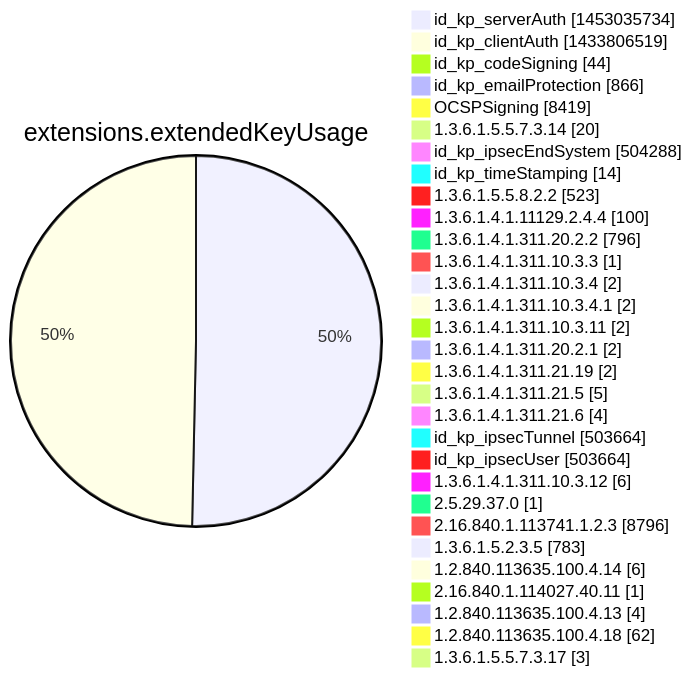
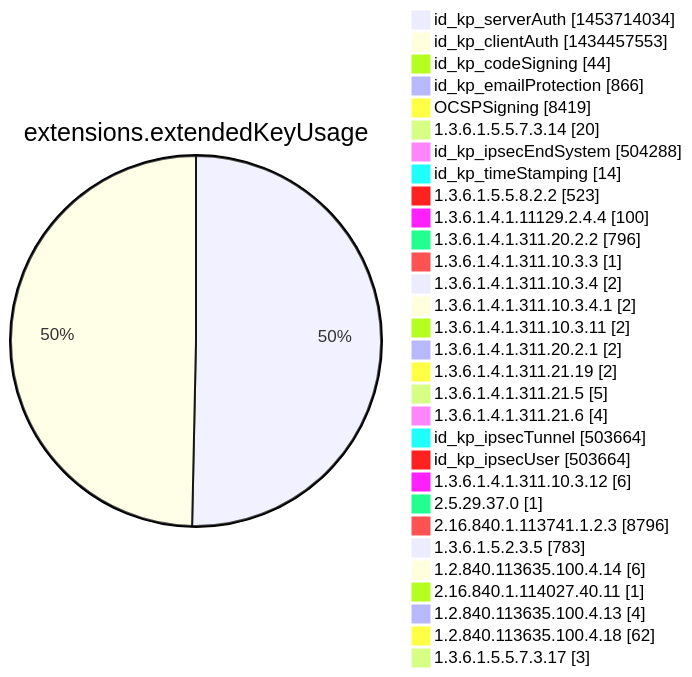
One commit to christiankrug/ctmonitor_visualization changed diagram 12 of 15 in argon2022/README.md. Above: the diagram before and after it, drawn with Mermaid. The commit also changed other lines of this file, not shown here.

````diff
--- a/argon2022/README.md
+++ b/argon2022/README.md
@@ -3555,34 +3555,34 @@
 ```mermaid
 pie showData
 title extensions.extendedKeyUsage
-"id_kp_serverAuth" :1453035734
-"id_kp_clientAuth" :1433806519
+"id_kp_serverAuth" :1453714034
+"id_kp_clientAuth" :1434457553
 "id_kp_codeSigning" :44
 "id_kp_emailProtection" :866
 "OCSPSigning" :8419
 "1.3.6.1.5.5.7.3.14" :20
 "id_kp_ipsecEndSystem" :504288
 "id_kp_timeStamping" :14
 "1.3.6.1.5.5.8.2.2" :523
 "1.3.6.1.4.1.11129.2.4.4" :100
 "1.3.6.1.4.1.311.20.2.2" :796
 "1.3.6.1.4.1.311.10.3.3" :1
 "1.3.6.1.4.1.311.10.3.4" :2
 "1.3.6.1.4.1.311.10.3.4.1" :2
 "1.3.6.1.4.1.311.10.3.11" :2
 "1.3.6.1.4.1.311.20.2.1" :2
 "1.3.6.1.4.1.311.21.19" :2
 "1.3.6.1.4.1.311.21.5" :5
 "1.3.6.1.4.1.311.21.6" :4
 "id_kp_ipsecTunnel" :503664
 "id_kp_ipsecUser" :503664
 "1.3.6.1.4.1.311.10.3.12" :6
 "2.5.29.37.0" :1
 "2.16.840.1.113741.1.2.3" :8796
 "1.3.6.1.5.2.3.5" :783
 "1.2.840.113635.100.4.14" :6
 "2.16.840.1.114027.40.11" :1
 "1.2.840.113635.100.4.13" :4
 "1.2.840.113635.100.4.18" :62
 "1.3.6.1.5.5.7.3.17" :3
 ```
````
